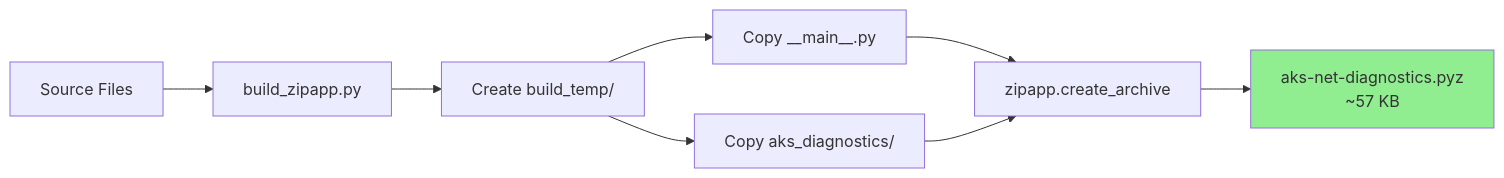
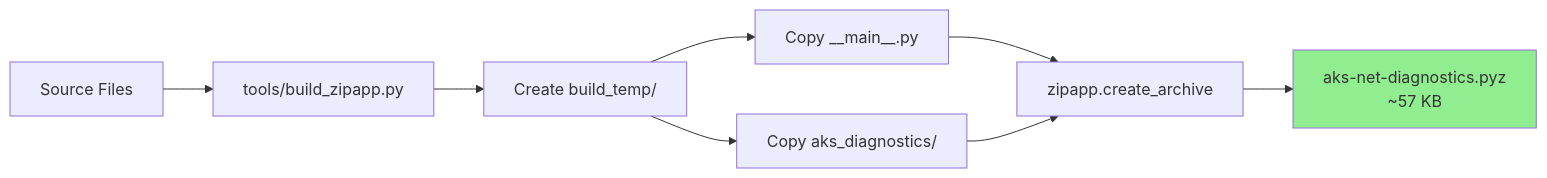
Before and after one commit to sturrent/aks-net-diagnostics: the third of 5 diagrams in docs/ARCHITECTURE.md, drawn with Mermaid. The commit also changed other lines of this file and 9 other files, not shown here.

````diff
--- a/docs/ARCHITECTURE.md
+++ b/docs/ARCHITECTURE.md
@@ -536,11 +536,11 @@
 ```mermaid
 graph LR
-    A[Source Files] --> B[build_zipapp.py]
+    A[Source Files] --> B[tools/build_zipapp.py]
     B --> C[Create build_temp/]
     C --> D[Copy __main__.py]
     C --> E[Copy aks_diagnostics/]
     D & E --> F[zipapp.create_archive]
     F --> G[aks-net-diagnostics.pyz<br/>~57 KB]
     
     style G fill:#90EE90
 ```
````
